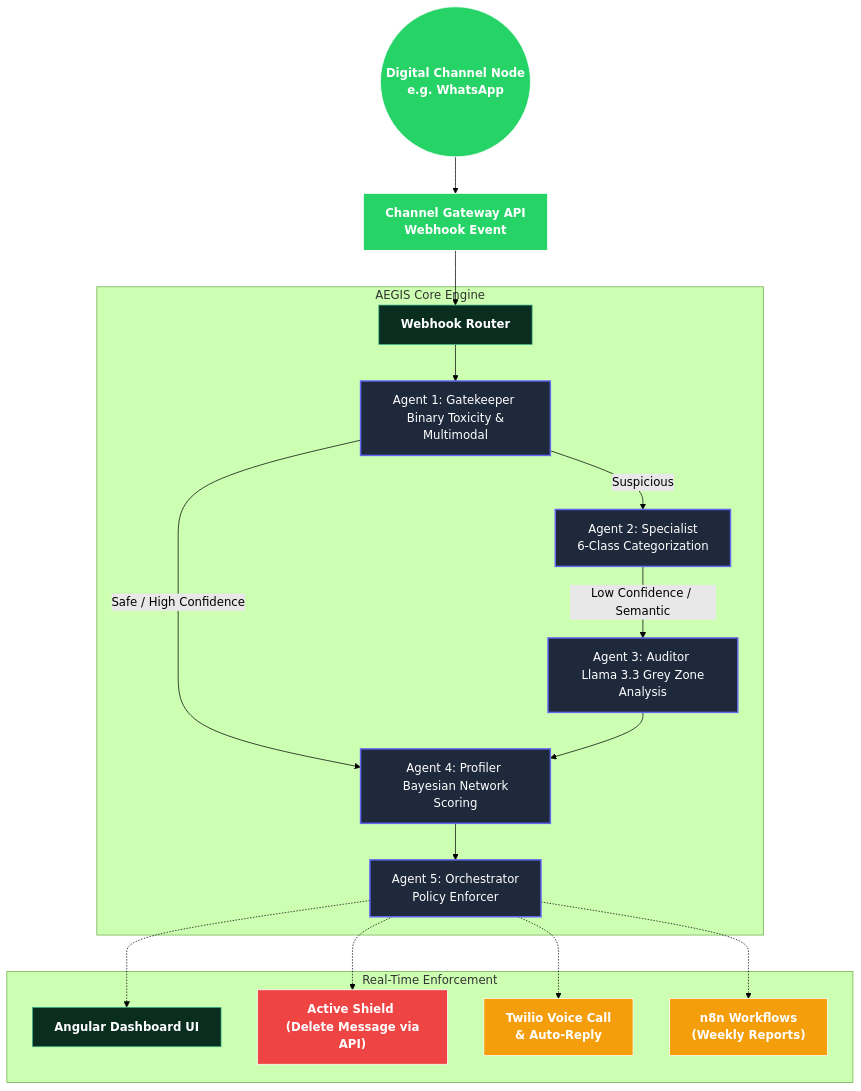
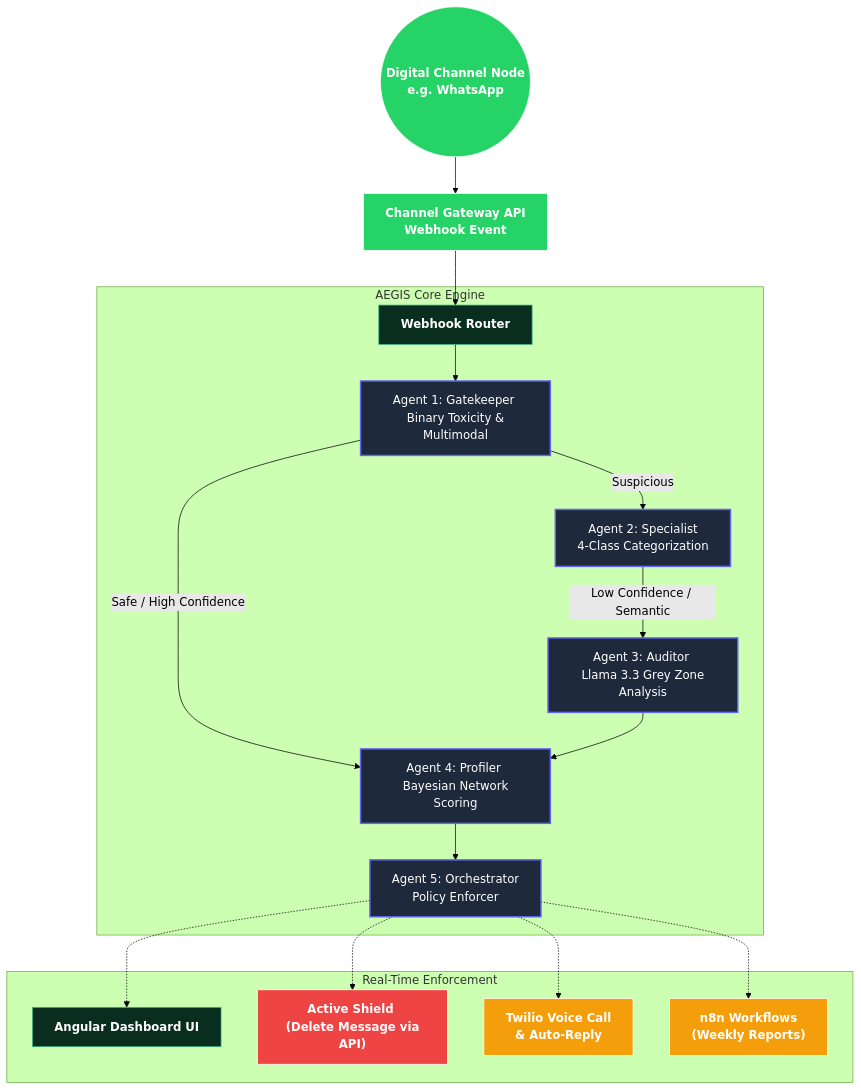
Before and after one commit to ZnitaMohamed4/aegis-ai: the diagram in README.md, drawn with Mermaid (forest theme). The commit also changed other lines of this file and 22 other files, not shown here.

````diff
--- a/README.md
+++ b/README.md
@@ -41,45 +41,45 @@
 ```mermaid
 graph TD
     %% Define Styles
     classDef wp fill:#25D366,stroke:#fff,color:#fff,font-weight:bold;
     classDef django fill:#092E20,stroke:#44B78B,color:#fff,font-weight:bold;
     classDef agent fill:#1E293B,stroke:#6366F1,color:#fff,stroke-width:2px;
     classDef action fill:#ef4444,stroke:#fff,color:#fff,font-weight:bold;
     classDef ext fill:#F59E0B,stroke:#fff,color:#fff,font-weight:bold;
     
     %% Nodes
     WA((Digital Channel Node <br> e.g. WhatsApp)):::wp
     Evo["Channel Gateway API <br> Webhook Event"]:::wp
     
     subgraph AEGIS Backend [AEGIS Core Engine]
         Router[Webhook Router]:::django
         
         A1["Agent 1: Gatekeeper <br> Binary Toxicity & Multimodal"]:::agent
-        A2["Agent 2: Specialist <br> 6-Class Categorization"]:::agent
+        A2["Agent 2: Specialist <br> 4-Class Categorization"]:::agent
         A3["Agent 3: Auditor <br> Llama 3.3 Grey Zone Analysis"]:::agent
         A4["Agent 4: Profiler <br> Bayesian Network Scoring"]:::agent
         A5["Agent 5: Orchestrator <br> Policy Enforcer"]:::agent
         
         Router --> A1
         A1 -- "Suspicious" --> A2
         A2 -- "Low Confidence / Semantic" --> A3
         A1 -- "Safe / High Confidence" --> A4
         A3 --> A4
         A4 --> A5
     end
     
     subgraph Enforcement [Real-Time Enforcement]
         UI["Angular Dashboard UI"]:::django
         ActDel["Active Shield <br> (Delete Message via API)"]:::action
         ActWarn["Twilio Voice Call <br> & Auto-Reply"]:::ext
         n8n["n8n Workflows <br> (Weekly Reports)"]:::ext
     end
     
     %% Flow
     WA --> Evo
     Evo --> Router
     A5 -.-> ActDel
     A5 -.-> ActWarn
     A5 -.-> UI
     A5 -.-> n8n
 ```
````
